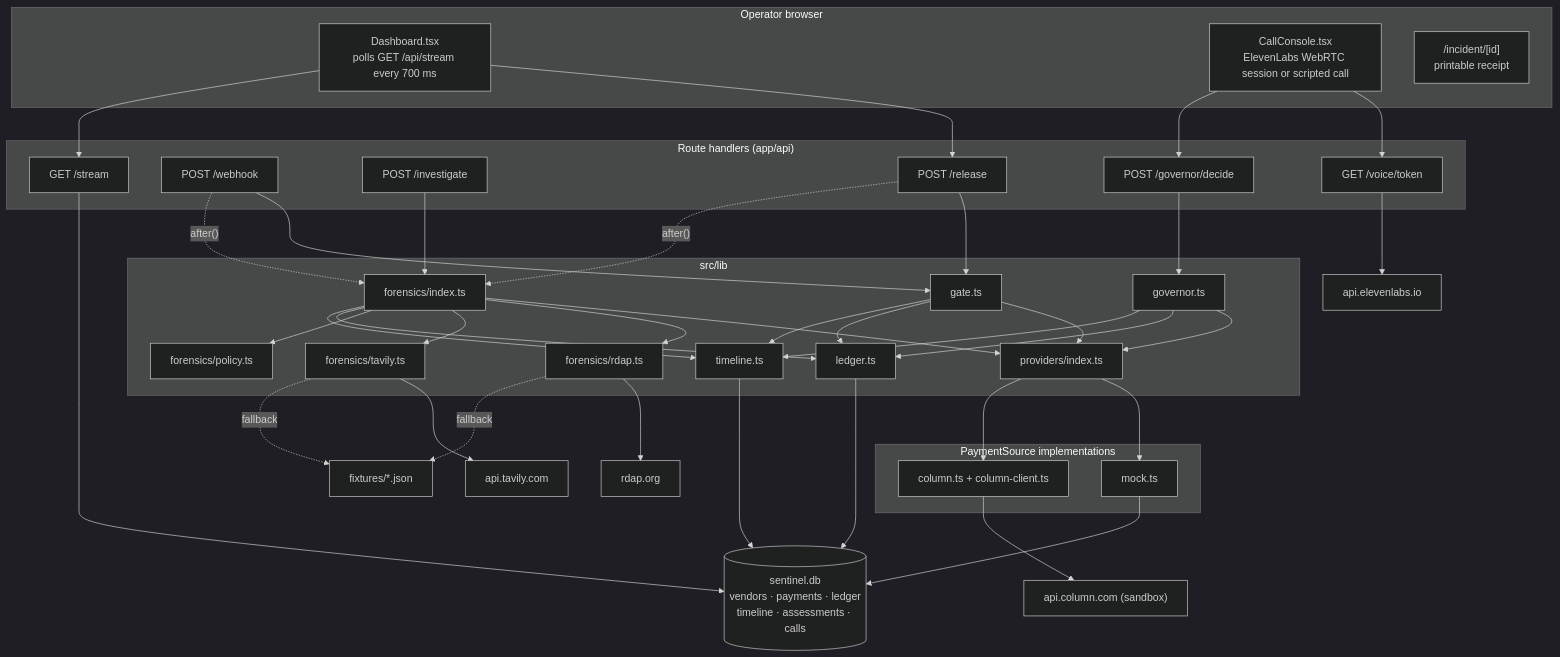
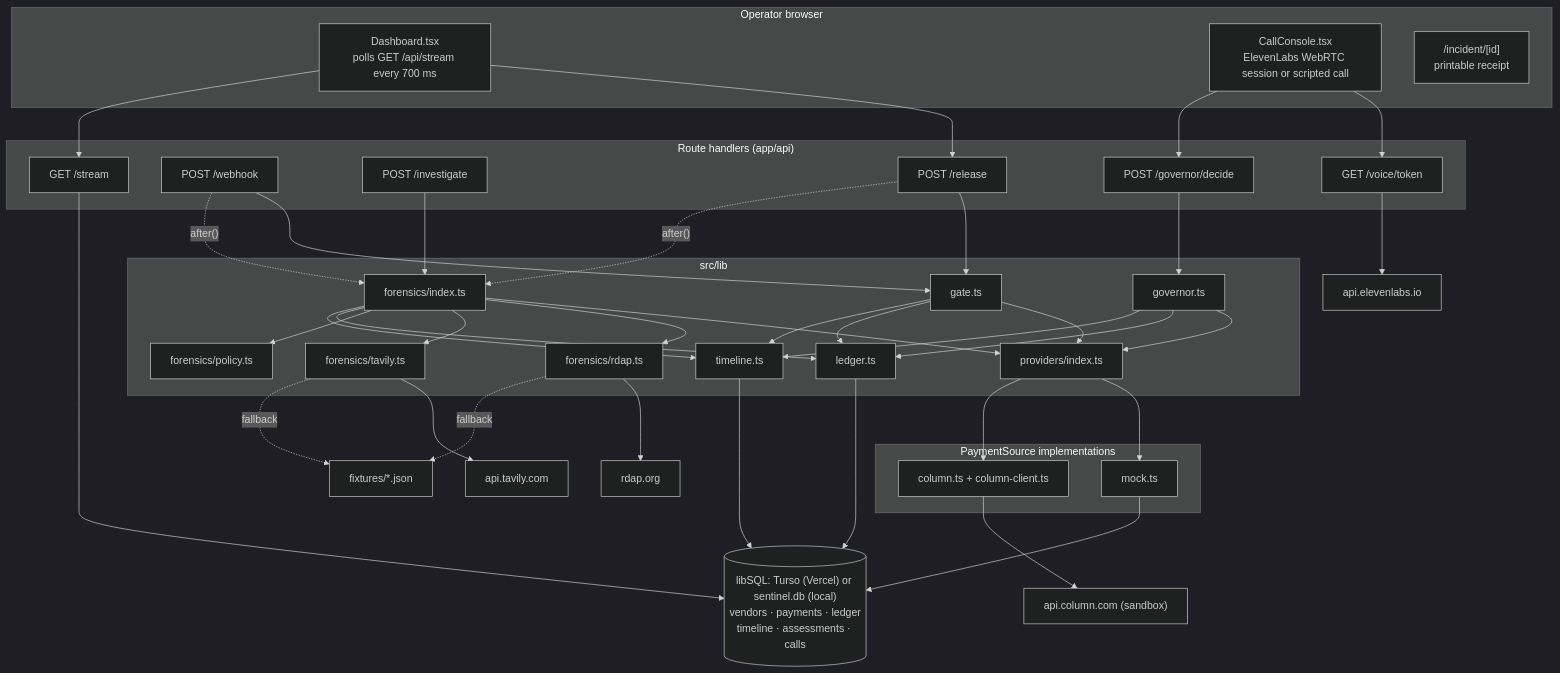
One commit to roshaninfordham/sentinelpay changed the first of 4 diagrams in docs/ARCHITECTURE.md. Above: the diagram before and after it, drawn with Mermaid (dark theme). The commit also changed other lines of this file and 6 other files, not shown here.

````diff
--- a/docs/ARCHITECTURE.md
+++ b/docs/ARCHITECTURE.md
@@ -16,59 +16,59 @@
 ```mermaid
 flowchart TB
     subgraph Browser["Operator browser"]
         DASH["Dashboard.tsx<br/>polls GET /api/stream every 700 ms"]
         CALL["CallConsole.tsx<br/>ElevenLabs WebRTC session or scripted call"]
         RCPT["/incident/[id]<br/>printable receipt"]
     end
 
     subgraph Routes["Route handlers (app/api)"]
         REL["POST /release"]
         HOOK["POST /webhook"]
         INV["POST /investigate"]
         TOK["GET /voice/token"]
         DEC["POST /governor/decide"]
         STR["GET /stream"]
     end
 
     subgraph Core["src/lib"]
         GATE["gate.ts"]
         FOR["forensics/index.ts"]
         RDAP["forensics/rdap.ts"]
         TAV["forensics/tavily.ts"]
         POL["forensics/policy.ts"]
         GOV["governor.ts"]
         LED["ledger.ts"]
         TL["timeline.ts"]
         PROV["providers/index.ts"]
     end
 
     subgraph Rails["PaymentSource implementations"]
         MOCK["mock.ts"]
         COLP["column.ts + column-client.ts"]
     end
 
-    DB[("sentinel.db<br/>vendors · payments · ledger<br/>timeline · assessments · calls")]
+    DB[("libSQL: Turso (Vercel) or sentinel.db (local)<br/>vendors · payments · ledger<br/>timeline · assessments · calls")]
     EXT_R["rdap.org"]
     EXT_T["api.tavily.com"]
     EXT_E["api.elevenlabs.io"]
     EXT_C["api.column.com (sandbox)"]
     FIX["fixtures/*.json"]
 
     DASH --> REL & STR
     CALL --> TOK & DEC
     REL & HOOK --> GATE
     REL & HOOK -. "after()" .-> FOR
     INV --> FOR
     DEC --> GOV
     GATE & FOR & GOV --> PROV
     PROV --> MOCK & COLP
     FOR --> RDAP & TAV & POL
     RDAP --> EXT_R
     TAV --> EXT_T
     RDAP & TAV -. fallback .-> FIX
     TOK --> EXT_E
     COLP --> EXT_C
     GATE & FOR & GOV --> LED & TL
     MOCK & LED & TL --> DB
     STR --> DB
 ```
````
